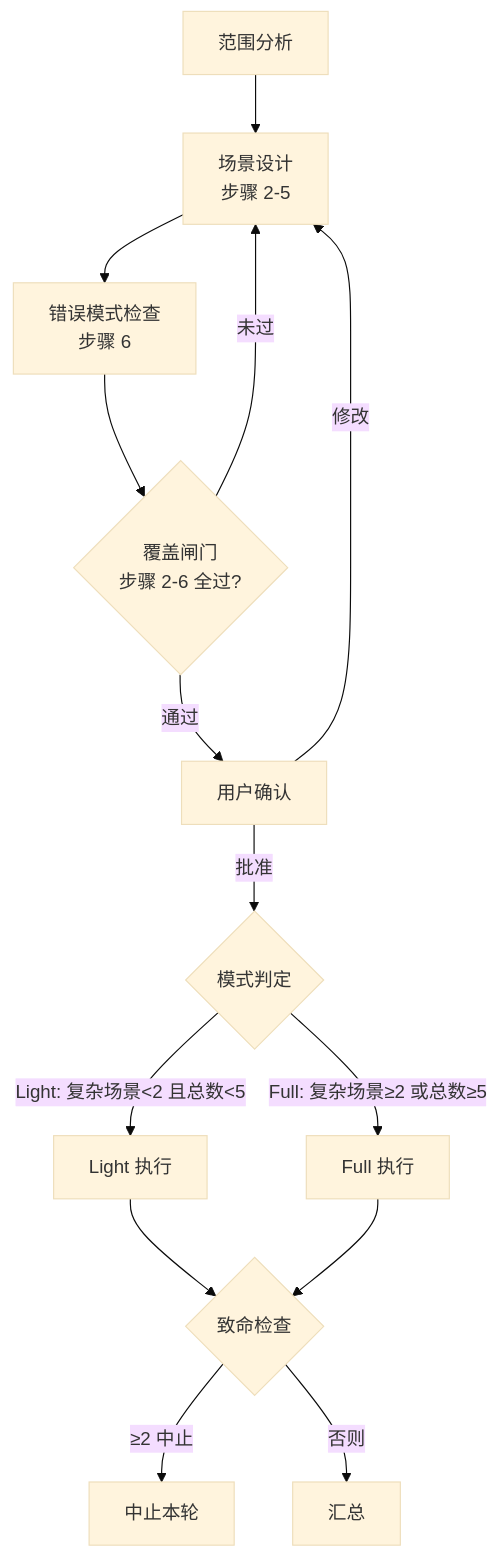
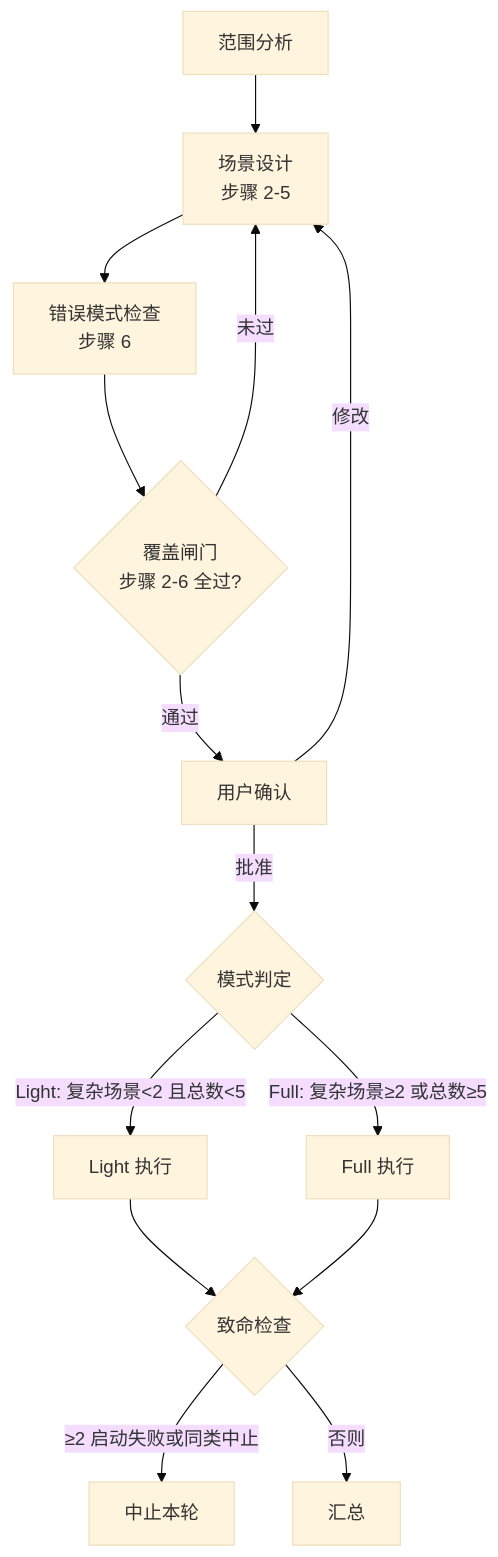
The diagram in dev/skill-master/content/references/skill-quick-test.md (LambdaXIII/metapowers), drawn with Mermaid (base theme) before and after one commit. The commit also changed other lines of this file and 26 other files, not shown here.

````diff
--- a/dev/skill-master/content/references/skill-quick-test.md
+++ b/dev/skill-master/content/references/skill-quick-test.md
@@ -14,16 +14,16 @@
 ```mermaid
 flowchart TD
     A[范围分析] --> B[场景设计<br>步骤 2-5]
     B --> C[错误模式检查<br>步骤 6]
     C --> D{覆盖闸门<br>步骤 2-6 全过?}
     D -->|未过| B
     D -->|通过| E[用户确认]
     E -->|修改| B
     E -->|批准| F{模式判定}
     F -->|Light: 复杂场景<2 且总数<5| G[Light 执行]
     F -->|Full: 复杂场景≥2 或总数≥5| H[Full 执行]
     G --> I{致命检查}
     H --> I
-    I -->|≥2 中止| J[中止本轮]
+    I -->|≥2 启动失败或同类中止| J[中止本轮]
     I -->|否则| K[汇总]
 ```
````
